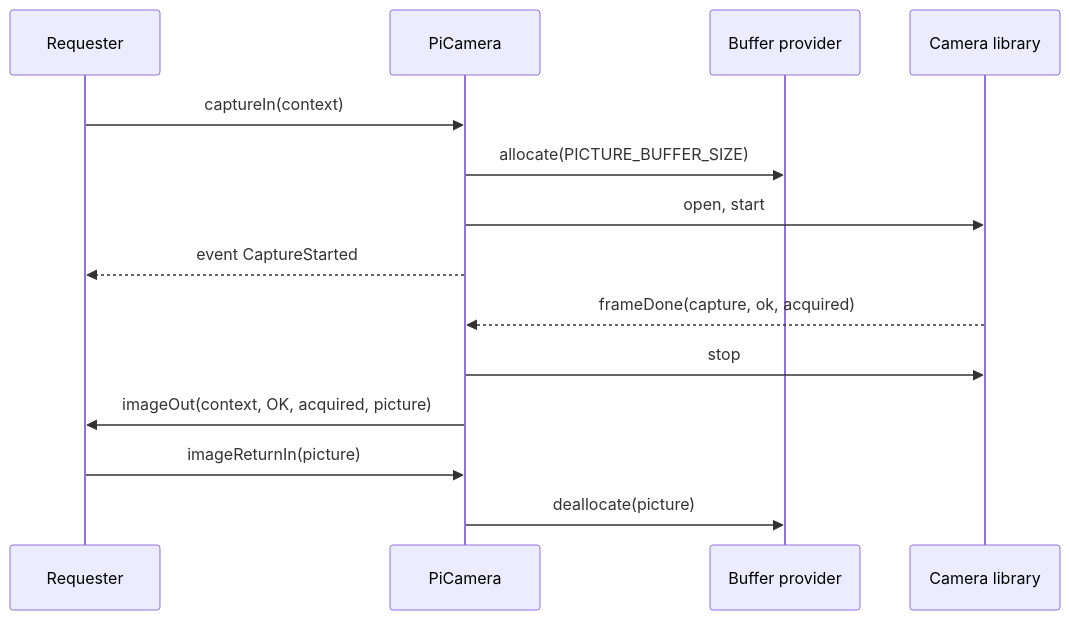
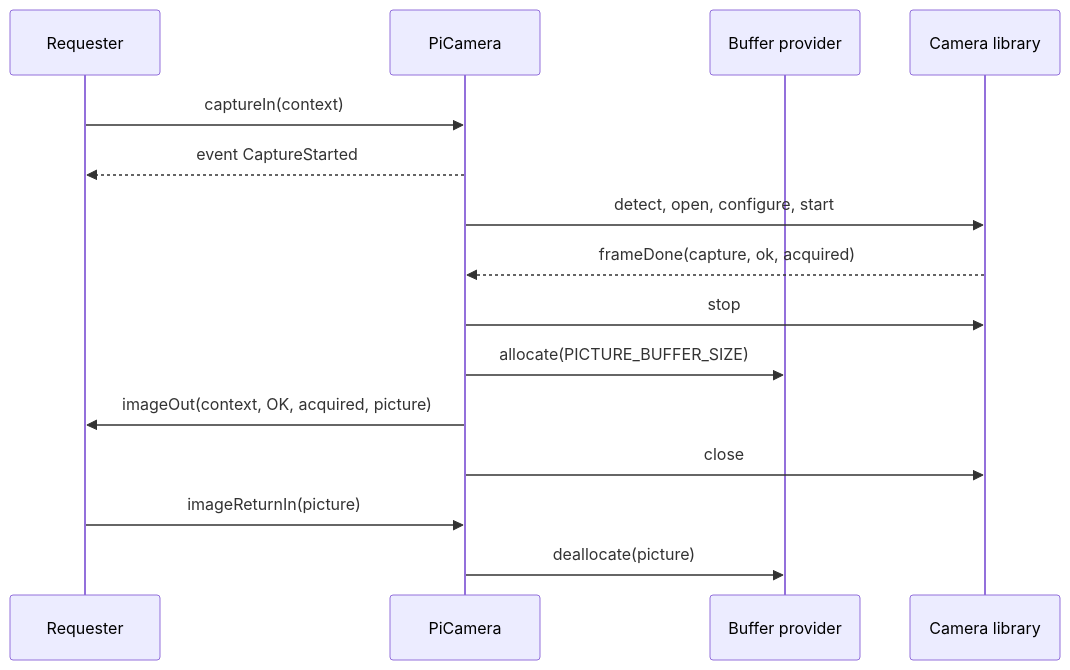
Before and after one commit to lestarch-autobot/fprime-pi-sensor-reference: the second of 2 diagrams in Components/PiCamera/docs/sdd.md, drawn with Mermaid. The commit also changed other lines of this file and 7 other files, not shown here.

````diff
--- a/Components/PiCamera/docs/sdd.md
+++ b/Components/PiCamera/docs/sdd.md
@@ -187,16 +243,17 @@
 ```mermaid
 sequenceDiagram
     participant R as Requester
     participant C as PiCamera
     participant B as Buffer provider
     participant L as Camera library
     R->>C: captureIn(context)
-    C->>B: allocate(PICTURE_BUFFER_SIZE)
-    C->>L: open, start
     C-->>R: event CaptureStarted
+    C->>L: detect, open, configure, start
     L-->>C: frameDone(capture, ok, acquired)
     C->>L: stop
+    C->>B: allocate(PICTURE_BUFFER_SIZE)
     C->>R: imageOut(context, OK, acquired, picture)
+    C->>L: close
     R->>C: imageReturnIn(picture)
     C->>B: deallocate(picture)
 ```
````
